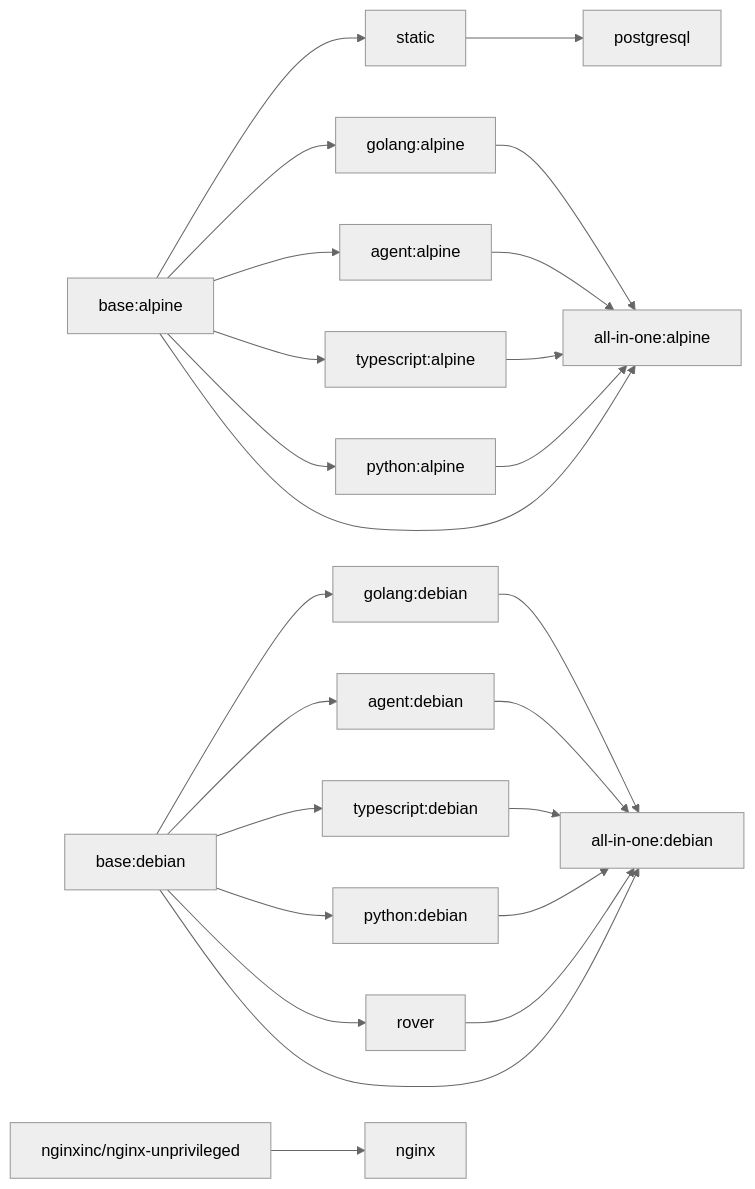
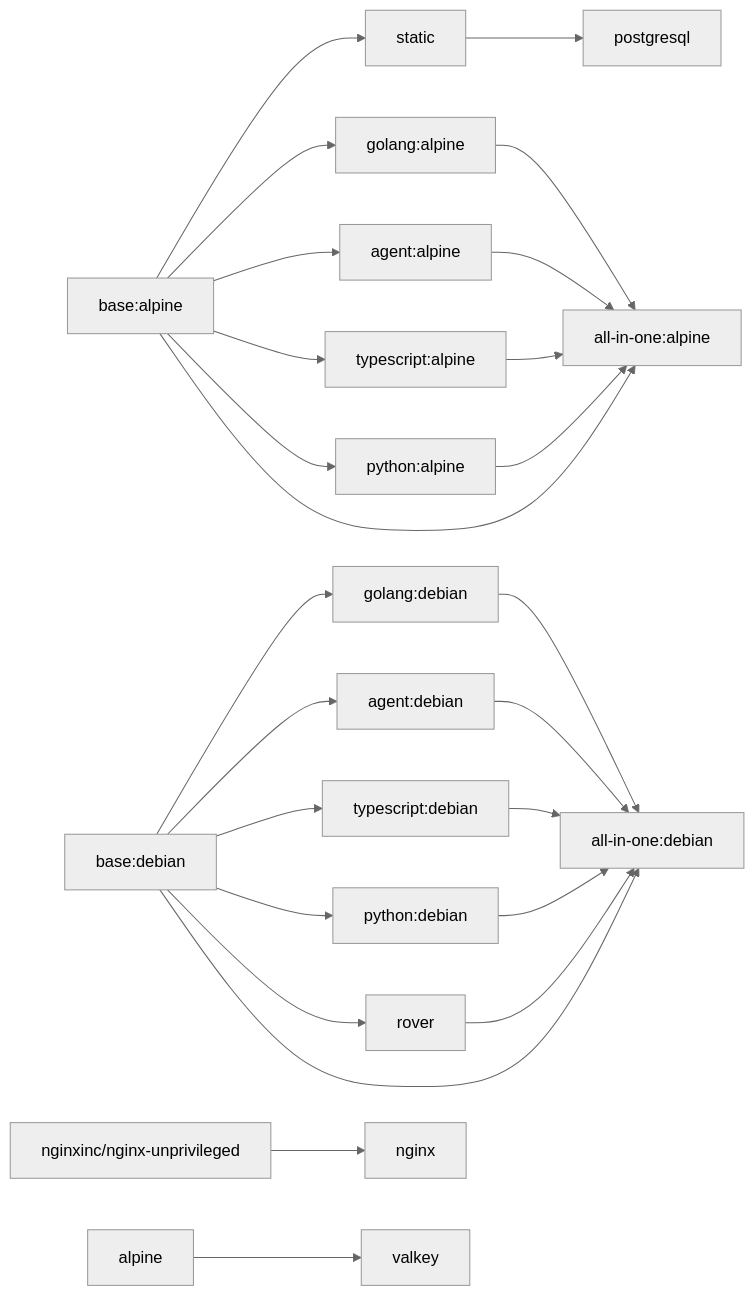
One commit to pyck-ai/baseimages changed the diagram in README.md. Above: the diagram before and after it, drawn with Mermaid (neutral theme). The commit also changed other lines of this file and 5 other files, not shown here.

````diff
--- a/README.md
+++ b/README.md
@@ -126,34 +127,36 @@
 ```mermaid
 graph LR
   base-alpine["base:alpine"]
   base-debian["base:debian"]
   nginx-base["nginxinc/nginx-unprivileged"]
+  alpine-upstream["alpine"]
 
   base-alpine --> static
   base-alpine --> golang-alpine["golang:alpine"]
   base-alpine --> agent-alpine["agent:alpine"]
   base-alpine --> typescript-alpine["typescript:alpine"]
   base-alpine --> python-alpine["python:alpine"]
 
   base-debian --> golang-debian["golang:debian"]
   base-debian --> agent-debian["agent:debian"]
   base-debian --> typescript-debian["typescript:debian"]
   base-debian --> python-debian["python:debian"]
   base-debian --> rover
 
   base-alpine --> aio-alpine["all-in-one:alpine"]
   golang-alpine --> aio-alpine
   agent-alpine --> aio-alpine
   typescript-alpine --> aio-alpine
   python-alpine --> aio-alpine
 
   base-debian --> aio-debian["all-in-one:debian"]
   golang-debian --> aio-debian
   agent-debian --> aio-debian
   typescript-debian --> aio-debian
   rover --> aio-debian
   python-debian --> aio-debian
 
   nginx-base --> nginx
   static --> postgresql
+  alpine-upstream --> valkey
 ```
````
